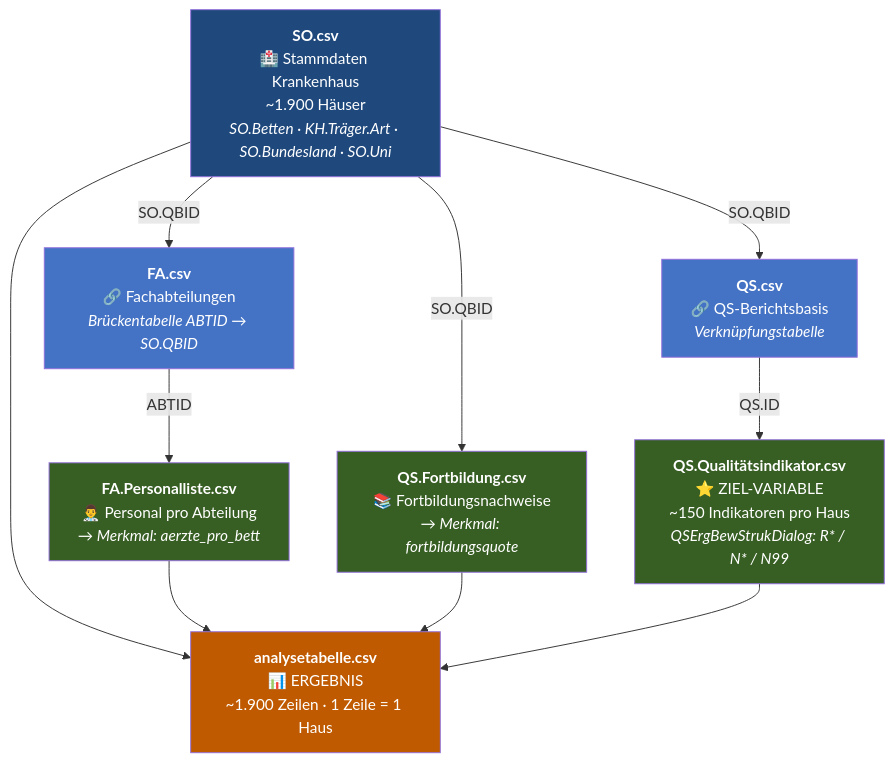
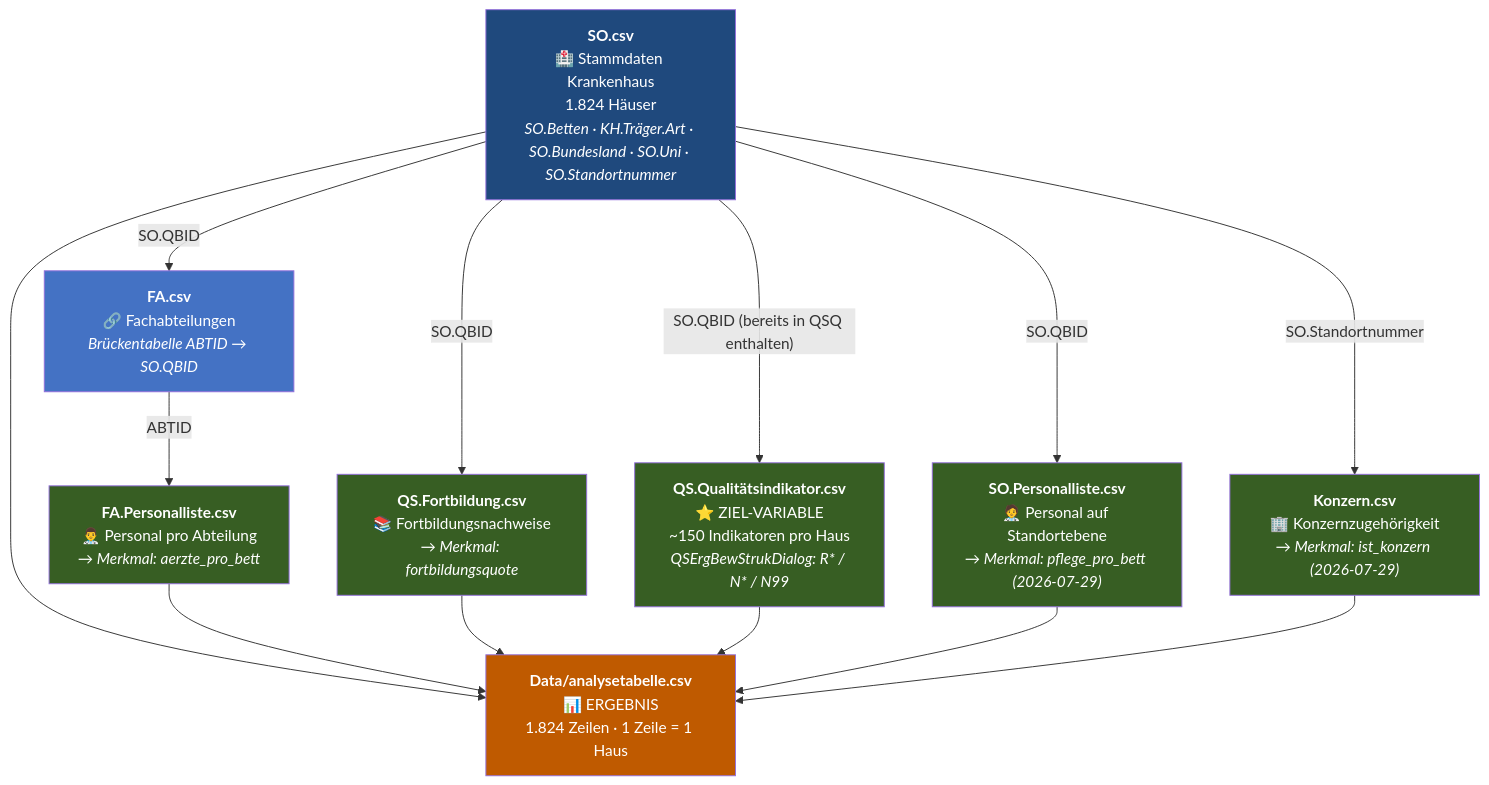
Before and after one commit to eufunk/Qualitaets_Muster_Finder: the diagram in Doku/MD/Daten_Inhaltsverzeichnis.md, drawn with Mermaid. The commit also changed other lines of this file and 40 other files, not shown here.

First line of the commit message:
Add pflege/konzern features, refactor dashboard

````diff
--- a/Doku/MD/Daten_Inhaltsverzeichnis.md
+++ b/Doku/MD/Daten_Inhaltsverzeichnis.md
@@ -108,29 +126,34 @@
 ```mermaid
 flowchart TD
-    SO["<b>SO.csv</b><br/>🏥 Stammdaten Krankenhaus<br/>~1.900 Häuser<br/><i>SO.Betten · KH.Träger.Art · SO.Bundesland · SO.Uni</i>"]
-    QS["<b>QS.csv</b><br/>🔗 QS-Berichtsbasis<br/><i>Verknüpfungstabelle</i>"]
+    SO["<b>SO.csv</b><br/>🏥 Stammdaten Krankenhaus<br/>1.824 Häuser<br/><i>SO.Betten · KH.Träger.Art · SO.Bundesland · SO.Uni · SO.Standortnummer</i>"]
     QSQ["<b>QS.Qualitätsindikator.csv</b><br/>⭐ ZIEL-VARIABLE<br/>~150 Indikatoren pro Haus<br/><i>QSErgBewStrukDialog: R* / N* / N99</i>"]
     FA["<b>FA.csv</b><br/>🔗 Fachabteilungen<br/><i>Brückentabelle ABTID → SO.QBID</i>"]
     FAP["<b>FA.Personalliste.csv</b><br/>👨‍⚕️ Personal pro Abteilung<br/><i>→ Merkmal: aerzte_pro_bett</i>"]
     QSF["<b>QS.Fortbildung.csv</b><br/>📚 Fortbildungsnachweise<br/><i>→ Merkmal: fortbildungsquote</i>"]
-    ANA["<b>analysetabelle.csv</b><br/>📊 ERGEBNIS<br/>~1.900 Zeilen · 1 Zeile = 1 Haus"]
+    SOP["<b>SO.Personalliste.csv</b><br/>🧑‍⚕️ Personal auf Standortebene<br/><i>→ Merkmal: pflege_pro_bett (2026-07-29)</i>"]
+    KON["<b>Konzern.csv</b><br/>🏢 Konzernzugehörigkeit<br/><i>→ Merkmal: ist_konzern (2026-07-29)</i>"]
+    ANA["<b>Data/analysetabelle.csv</b><br/>📊 ERGEBNIS<br/>1.824 Zeilen · 1 Zeile = 1 Haus"]
 
-    SO -- "SO.QBID" --> QS
-    QS -- "QS.ID" --> QSQ
+    SO -- "SO.QBID (bereits in QSQ enthalten)" --> QSQ
     SO -- "SO.QBID" --> FA
     FA -- "ABTID" --> FAP
     SO -- "SO.QBID" --> QSF
+    SO -- "SO.QBID" --> SOP
+    SO -- "SO.Standortnummer" --> KON
 
     SO --> ANA
     FAP --> ANA
     QSF --> ANA
     QSQ --> ANA
+    SOP --> ANA
+    KON --> ANA
 
     style SO fill:#1F497D,color:#fff
-    style QS fill:#4472C4,color:#fff
     style FA fill:#4472C4,color:#fff
     style QSQ fill:#375E23,color:#fff
     style QSF fill:#375E23,color:#fff
     style FAP fill:#375E23,color:#fff
+    style SOP fill:#375E23,color:#fff
+    style KON fill:#375E23,color:#fff
     style ANA fill:#BF5A00,color:#fff
 ```
````
